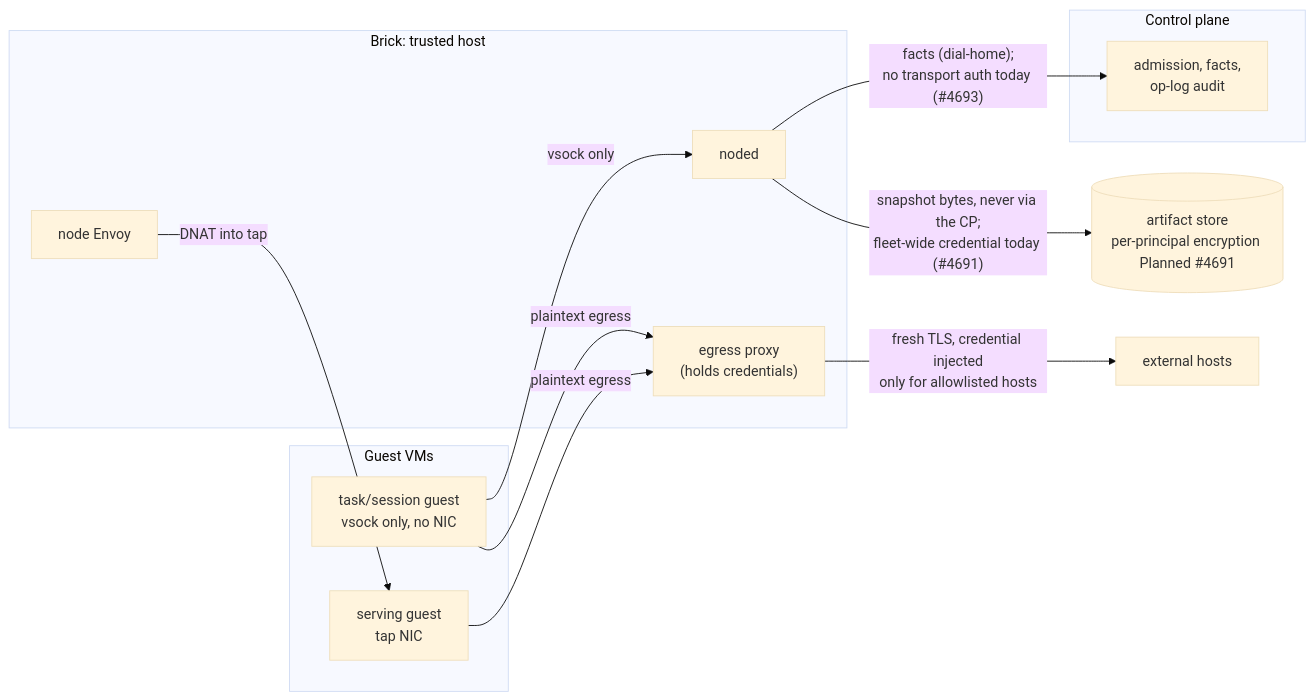
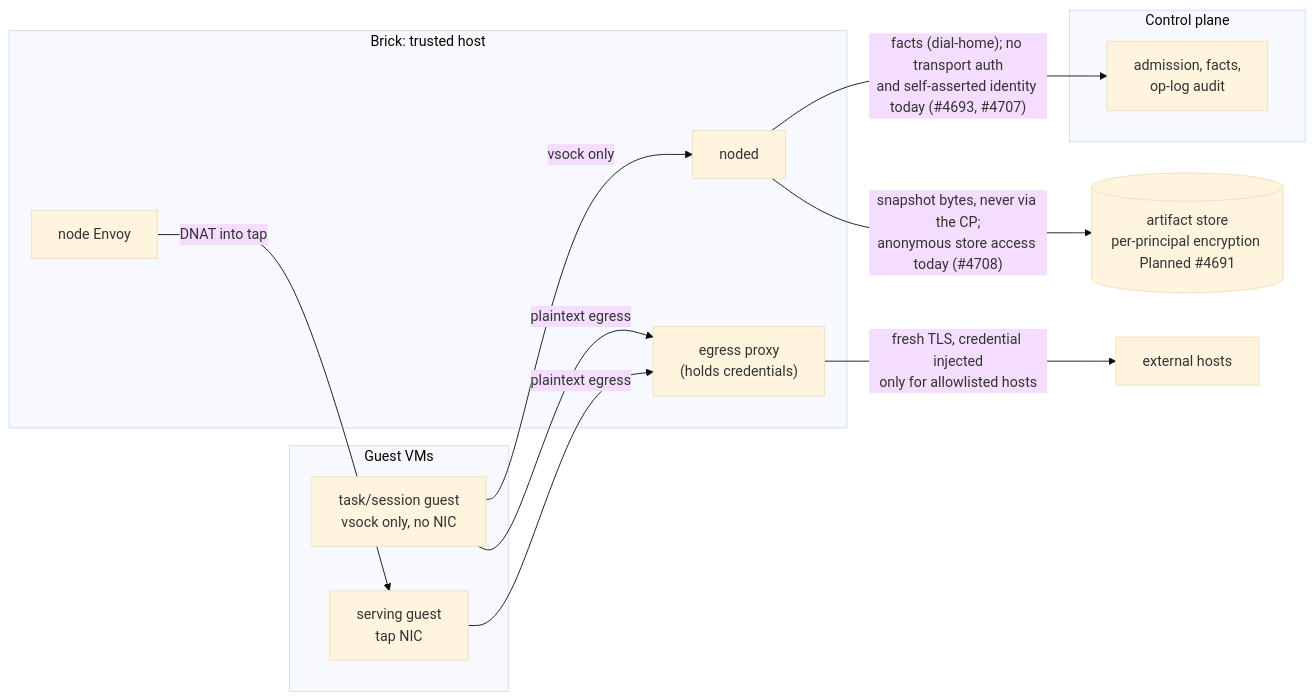
Before and after one commit to jomcgi-org/homelab: the sixth of 6 diagrams in projects/embervm/ARCHITECTURE.md, drawn with Mermaid (base theme). The commit also changed other lines of this file and 4 other files, not shown here.

First line of the commit message:
docs(embervm): add the STPA safety model and fold its two new findings into the architecture

````diff
--- a/projects/embervm/ARCHITECTURE.md
+++ b/projects/embervm/ARCHITECTURE.md
@@ -718,25 +721,25 @@
 ```mermaid
 graph LR
     subgraph vm ["Guest VMs"]
         G1["task/session guest<br/>vsock only, no NIC"]
         G2["serving guest<br/>tap NIC"]
     end
     subgraph brick ["Brick: trusted host"]
         N["noded"]
         P["egress proxy<br/>(holds credentials)"]
         E["node Envoy"]
     end
     subgraph cp ["Control plane"]
         F["admission, facts,<br/>op-log audit"]
     end
     S[("artifact store<br/>per-principal encryption Planned #4691")]
     X["external hosts"]
 
     G1 -- "vsock only" --> N
     E -- "DNAT into tap" --> G2
     G1 -- "plaintext egress" --> P
     G2 -- "plaintext egress" --> P
     P -- "fresh TLS, credential injected<br/>only for allowlisted hosts" --> X
-    N -- "facts (dial-home);<br/>no transport auth today (#4693)" --> F
-    N -- "snapshot bytes, never via the CP;<br/>fleet-wide credential today (#4691)" --> S
+    N -- "facts (dial-home); no transport auth<br/>and self-asserted identity today (#4693, #4707)" --> F
+    N -- "snapshot bytes, never via the CP;<br/>anonymous store access today (#4708)" --> S
 ```
````
